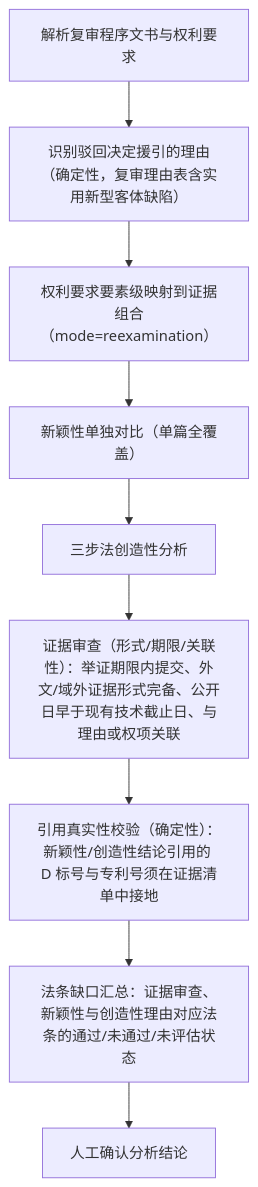
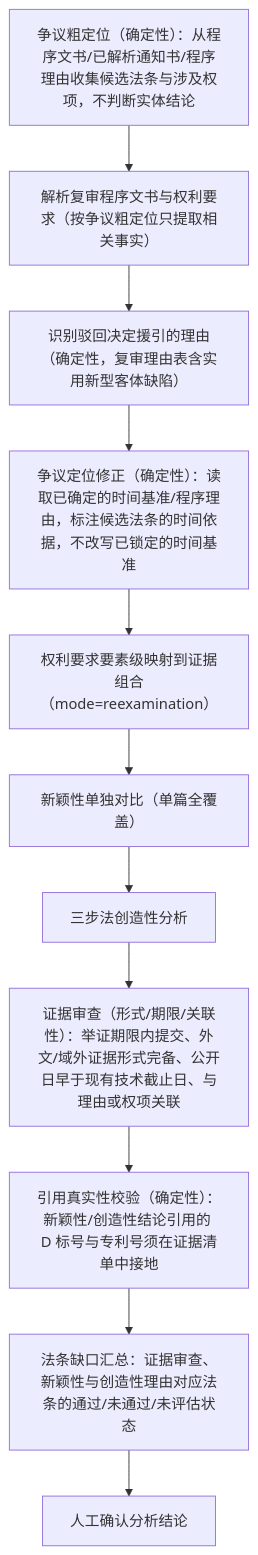
Before and after one commit to xujian519/deepseek-harness: the diagram in snapshots/session/patent-reexamination/workspace.expected/data/cases/CN2024-0003/workflow-runs/CN2024-0003__patent_reexamination_v1.mmd, drawn with Mermaid. The commit also changed 82 other files, not shown here.

```diff
--- a/snapshots/session/patent-reexamination/workspace.expected/data/cases/CN2024-0003/workflow-runs/CN2024-0003__patent_reexamination_v1.mmd
+++ b/snapshots/session/patent-reexamination/workspace.expected/data/cases/CN2024-0003/workflow-runs/CN2024-0003__patent_reexamination_v1.mmd
@@ -1,18 +1,22 @@
 flowchart TD
-  parse["解析复审程序文书与权利要求"]
+  dispute-framing["争议粗定位（确定性）：从程序文书/已解析通知书/程序理由收集候选法条与涉及权项，不判断实体结论"]
+  parse["解析复审程序文书与权利要求（按争议粗定位只提取相关事实）"]
   grounds["识别驳回决定援引的理由（确定性，复审理由表含实用新型客体缺陷）"]
+  dispute-framing-refine["争议定位修正（确定性）：读取已确定的时间基准/程序理由，标注候选法条的时间依据，不改写已锁定的时间基准"]
   claim-chart["权利要求要素级映射到证据组合（mode=reexamination）"]
   novelty["新颖性单独对比（单篇全覆盖）"]
   inventiveness["三步法创造性分析"]
   evidence-check["证据审查（形式/期限/关联性）：举证期限内提交、外文/域外证据形式完备、公开日早于现有技术截止日、与理由或权项关联"]
   citation-check["引用真实性校验（确定性）：新颖性/创造性结论引用的 D 标号与专利号须在证据清单中接地"]
   legal_gaps["法条缺口汇总：证据审查、新颖性与创造性理由对应法条的通过/未通过/未评估状态"]
   approval["人工确认分析结论"]
+  dispute-framing --> parse
   parse --> grounds
-  grounds --> claim-chart
+  grounds --> dispute-framing-refine
+  dispute-framing-refine --> claim-chart
   claim-chart --> novelty
   novelty --> inventiveness
   inventiveness --> evidence-check
   evidence-check --> citation-check
   citation-check --> legal_gaps
   legal_gaps --> approval
```
